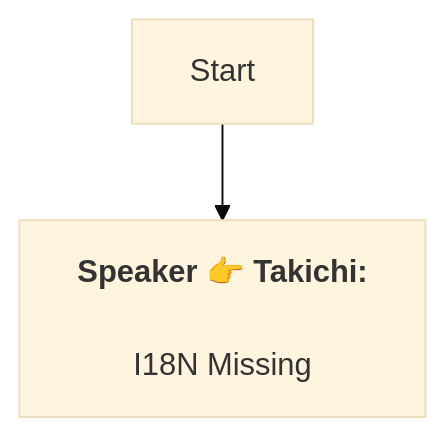
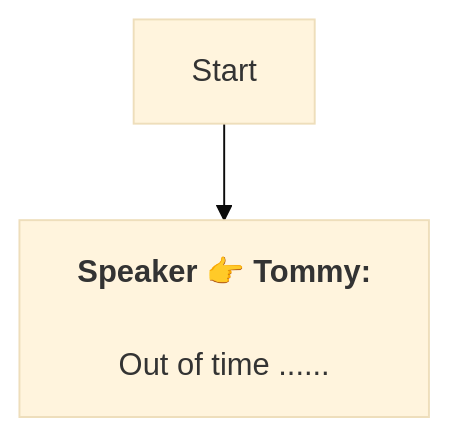
Before and after one commit to SoftHu/tos_avg: the diagram in En/Dialog_55045300888579.md, drawn with Mermaid (base theme). The commit also changed 297 other files, not shown here.

````diff
--- a/En/Dialog_55045300888579.md
+++ b/En/Dialog_55045300888579.md
@@ -1,7 +1,7 @@
 ```mermaid
 graph
-Start -->1761449641855683[<b>Speaker 👉 Takichi:</b>
+Start -->1761449641855683[<b>Speaker 👉 Tommy:</b>
 
-I18N Missing]
+Out of time ......]
 
  ```
````
